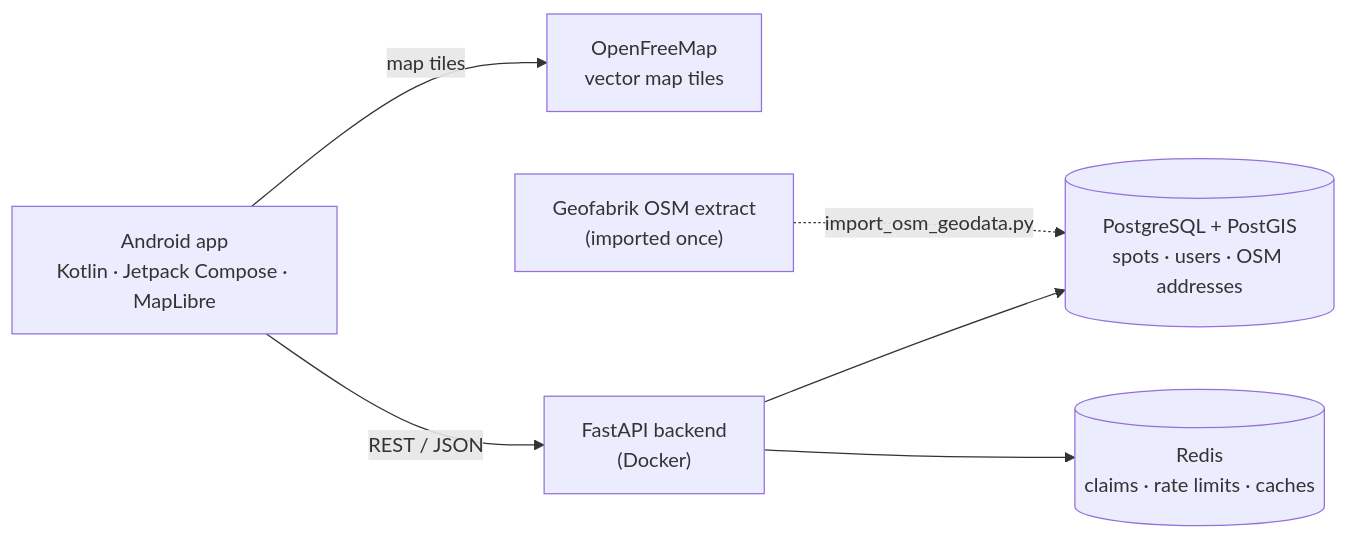
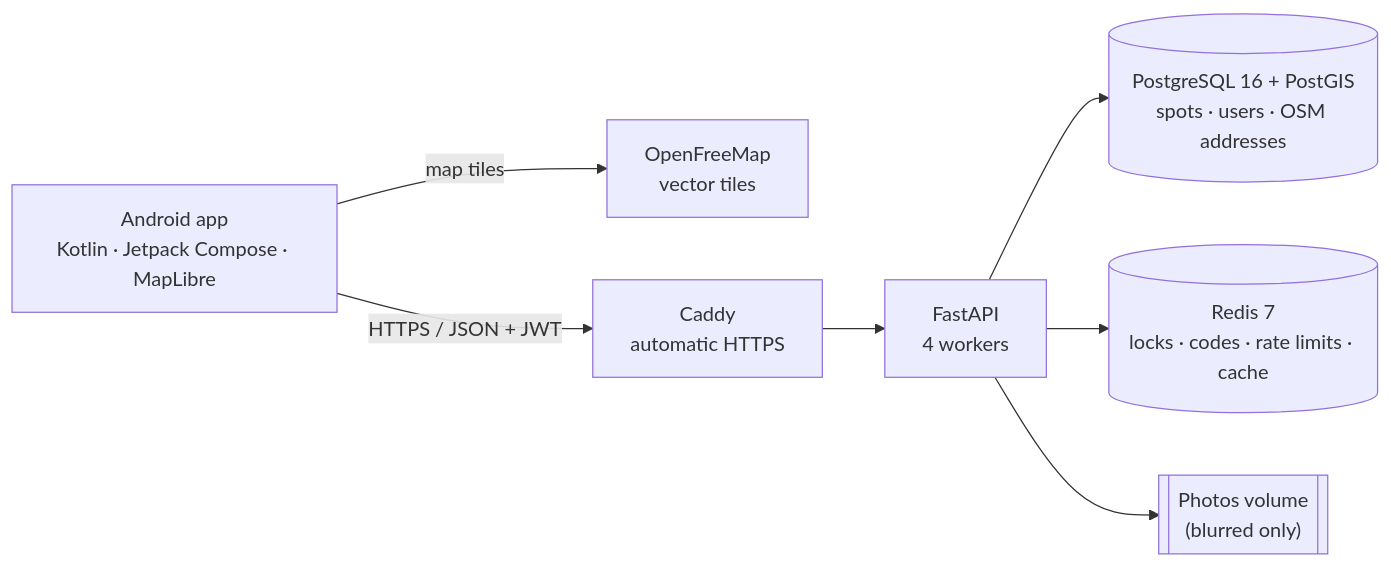
The diagram in README.md (EyalLin2/Parkit), drawn with Mermaid before and after one commit. The commit also changed other lines of this file and 21 other files, not shown here.

````diff
--- a/README.md
+++ b/README.md
@@ -51,15 +73,16 @@
 ```mermaid
 flowchart LR
   app["Android app<br/>Kotlin · Jetpack Compose · MapLibre"]
-  tiles["OpenFreeMap<br/>vector map tiles"]
-  api["FastAPI backend<br/>(Docker)"]
-  pg[("PostgreSQL + PostGIS<br/>spots · users · OSM addresses")]
-  redis[("Redis<br/>claims · rate limits · caches")]
-  osm["Geofabrik OSM extract<br/>(imported once)"]
+  tiles["OpenFreeMap<br/>vector tiles"]
+  caddy["Caddy<br/>automatic HTTPS"]
+  api["FastAPI<br/>4 workers"]
+  pg[("PostgreSQL 16 + PostGIS<br/>spots · users · OSM addresses")]
+  redis[("Redis 7<br/>locks · codes · rate limits · cache")]
+  media[["Photos volume<br/>(blurred only)"]]
 
   app -- "map tiles" --> tiles
-  app -- "REST / JSON" --> api
+  app -- "HTTPS / JSON + JWT" --> caddy --> api
   api --> pg
   api --> redis
-  osm -. "import_osm_geodata.py" .-> pg
+  api --> media
 ```
````
